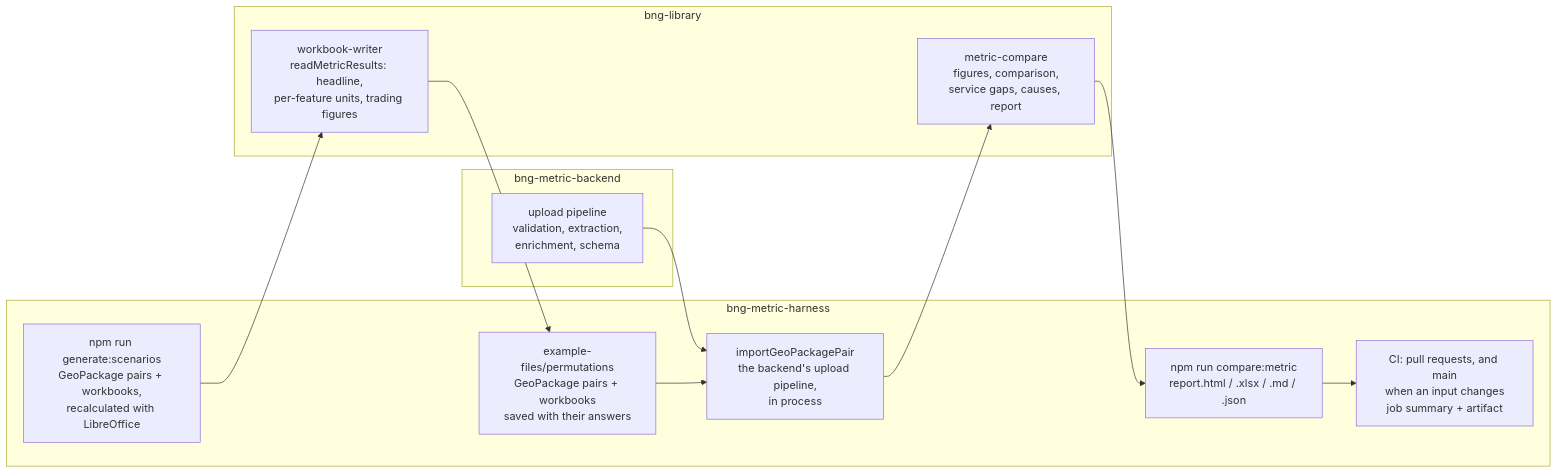
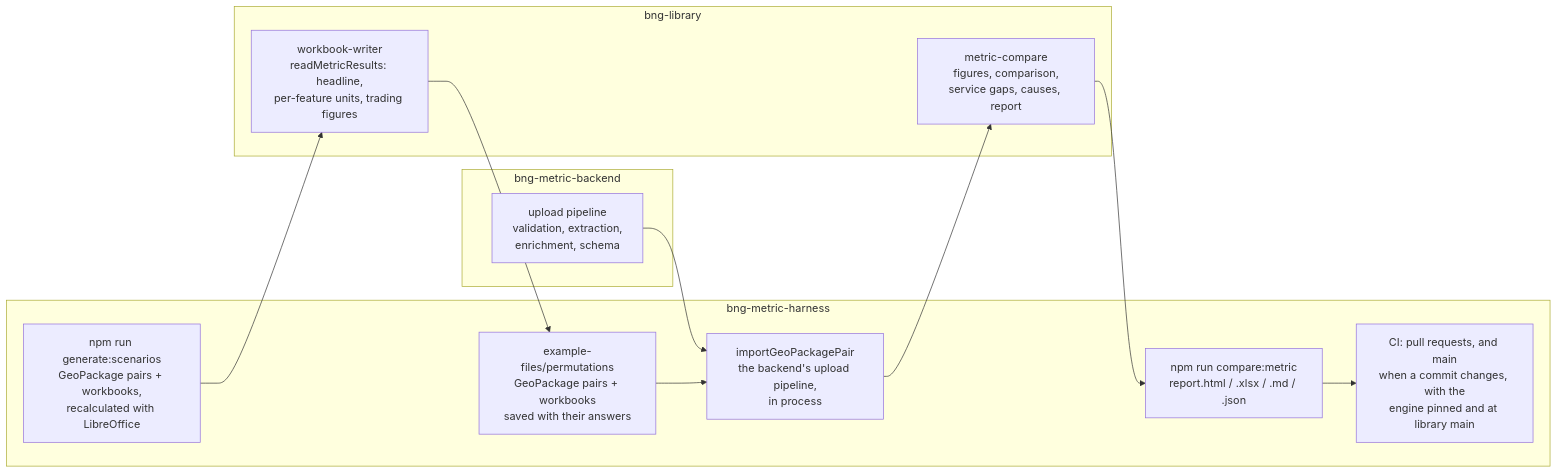
One commit to DEFRA/bng-metric-harness changed the diagram in docs/compare-metric.md. Above: the diagram before and after it, drawn with Mermaid. The commit also changed other lines of this file and 1 other file, not shown here.

First line of the commit message:
BMD-1036 Compare the engine at bng-library's main as well as the backend's pin

````diff
--- a/docs/compare-metric.md
+++ b/docs/compare-metric.md
@@ -76,22 +76,22 @@
 ```mermaid
 flowchart LR
   subgraph harness[bng-metric-harness]
     gen["npm run generate:scenarios<br>GeoPackage pairs + workbooks,<br>recalculated with LibreOffice"]
     corpus["example-files/permutations<br>GeoPackage pairs + workbooks<br>saved with their answers"]
     import["importGeoPackagePair<br>the backend's upload pipeline,<br>in process"]
     cli["npm run compare:metric<br>report.html / .xlsx / .md / .json"]
-    ci["CI: pull requests, and main<br>when an input changes<br>job summary + artifact"]
+    ci["CI: pull requests, and main<br>when a commit changes, with the<br>engine pinned and at library main"]
   end
   subgraph library[bng-library]
     reader["workbook-writer<br>readMetricResults: headline,<br>per-feature units, trading figures"]
     compare["metric-compare<br>figures, comparison,<br>service gaps, causes, report"]
   end
   subgraph backend[bng-metric-backend]
     pipeline["upload pipeline<br>validation, extraction,<br>enrichment, schema"]
   end
   gen --> reader
   reader --> corpus
   pipeline --> import
   corpus --> import --> compare
   compare --> cli --> ci
 ```
````
